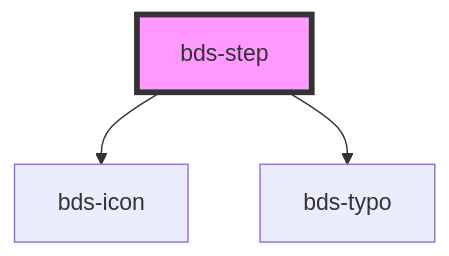
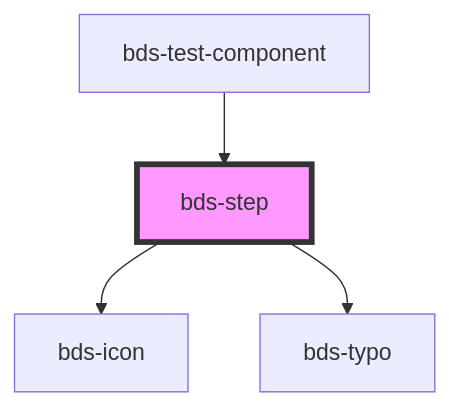
The diagram in src/components/stepper/step/readme.md (takenet/blip-ds), drawn with Mermaid before and after one commit. The commit also changed other lines of this file and 8 other files, not shown here.

````diff
--- a/src/components/stepper/step/readme.md
+++ b/src/components/stepper/step/readme.md
@@ -28,6 +32,7 @@
 ```mermaid
 graph TD;
   bds-step --> bds-icon
   bds-step --> bds-typo
+  bds-test-component --> bds-step
   style bds-step fill:#f9f,stroke:#333,stroke-width:4px
 ```
````
